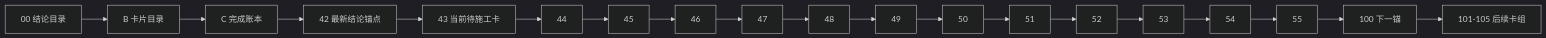
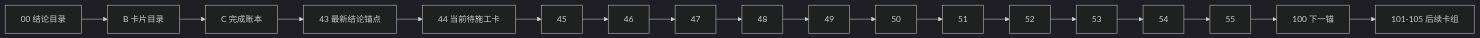
One commit to everything-is-simple/lifespan-0.01 changed the diagram in docs/03-execution/A-execution-reading-order-20260409.md. Above: the diagram before and after it, drawn with Mermaid (dark theme). The commit also changed other lines of this file and 10 other files, not shown here.

````diff
--- a/docs/03-execution/A-execution-reading-order-20260409.md
+++ b/docs/03-execution/A-execution-reading-order-20260409.md
@@ -36,21 +38,20 @@
 ```mermaid
 flowchart LR
     CONC["00 结论目录"] --> BCAT["B 卡片目录"]
     BCAT --> CLED["C 完成账本"]
-    CLED --> ANC["42 最新结论锚点"]
-    ANC --> G43["43 当前待施工卡"]
-    G43 --> G44["44"]
+    CLED --> ANC["43 最新结论锚点"]
+    ANC --> G44["44 当前待施工卡"]
     G44 --> G45["45"]
     G45 --> G46["46"]
     G46 --> G47["47"]
     G47 --> G48["48"]
     G48 --> G49["49"]
     G49 --> G50["50"]
     G50 --> G51["51"]
     G51 --> G52["52"]
     G52 --> G53["53"]
     G53 --> G54["54"]
     G54 --> G55["55"]
     G55 --> NEXT["100 下一锚"]
     NEXT --> POST["101-105 后续卡组"]
 ```
````
